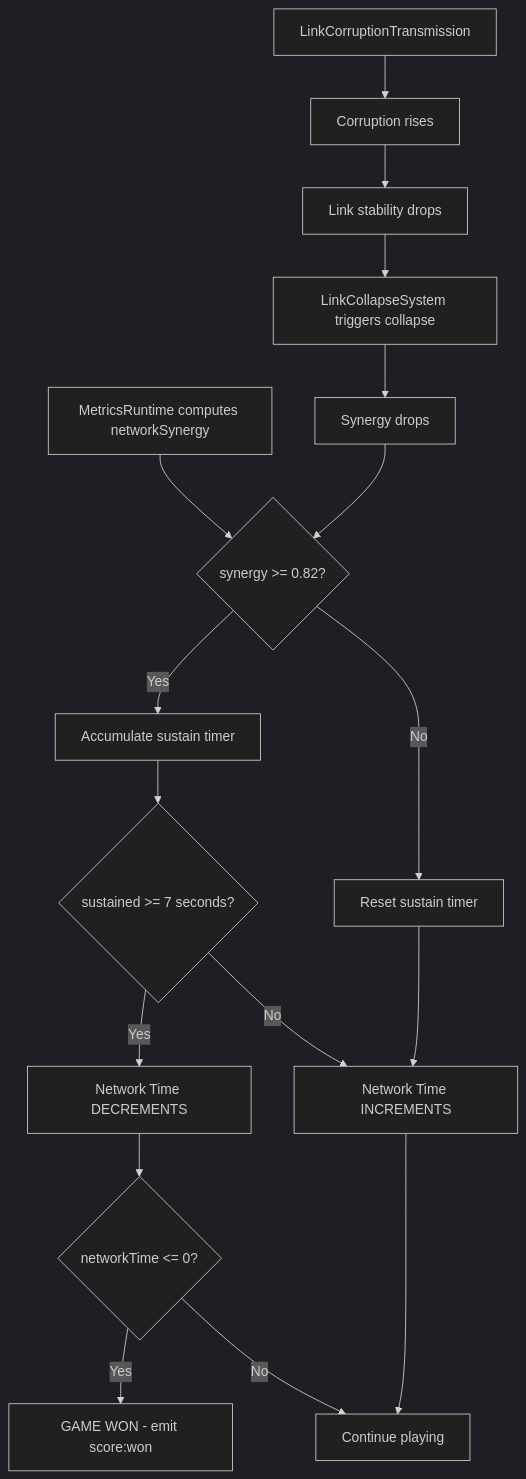
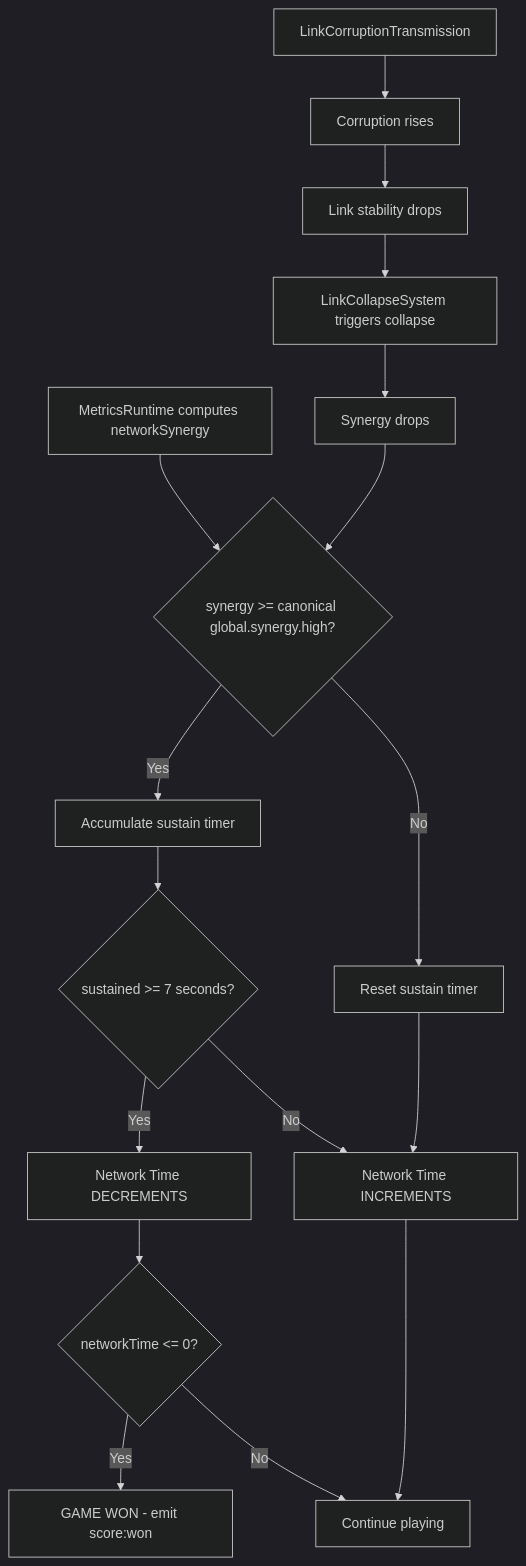
One commit to Qvesterino/ATOMA changed the second of 2 diagrams in plans/NETWORK_TIME_SCORE_GAMEPLAY.md. Above: the diagram before and after it, drawn with Mermaid (dark theme). The commit also changed other lines of this file and 7 other files, not shown here.

````diff
--- a/plans/NETWORK_TIME_SCORE_GAMEPLAY.md
+++ b/plans/NETWORK_TIME_SCORE_GAMEPLAY.md
@@ -57,20 +57,20 @@
 ```mermaid
 flowchart TD
-    A[MetricsRuntime computes networkSynergy] --> B{synergy >= 0.82?}
+    A[MetricsRuntime computes networkSynergy] --> B{synergy >= canonical global.synergy.high?}
     B -->|Yes| C[Accumulate sustain timer]
     B -->|No| D[Reset sustain timer]
     C --> E{sustained >= 7 seconds?}
     E -->|Yes| F[Network Time DECREMENTS]
     E -->|No| G[Network Time INCREMENTS]
     D --> G
     F --> H{networkTime <= 0?}
     H -->|Yes| I[GAME WON - emit score:won]
     H -->|No| J[Continue playing]
     G --> J
     
     K[LinkCorruptionTransmission] --> L[Corruption rises]
     L --> M[Link stability drops]
     M --> N[LinkCollapseSystem triggers collapse]
     N --> O[Synergy drops]
     O --> B
 ```
````
